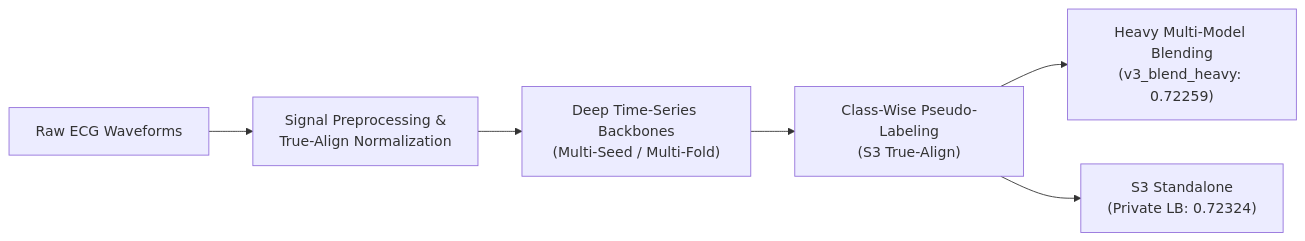
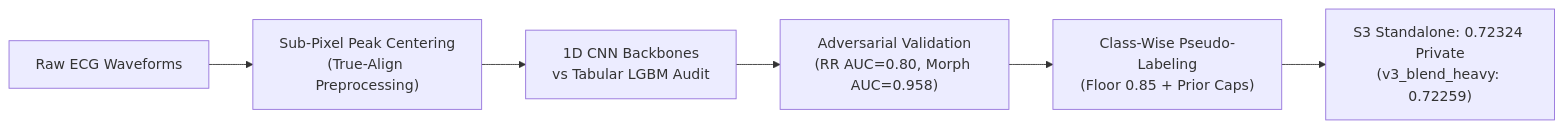
The diagram in README.md (23f3002964/kaggle-nppe2-ecg-arrhythmia), drawn with Mermaid before and after one commit. The commit also changed other lines of this file, not shown here.

````diff
--- a/README.md
+++ b/README.md
@@ -38,8 +40,8 @@
 ```mermaid
 flowchart LR
-    A["Raw ECG Waveforms"] --> B["Signal Preprocessing &<br/>True-Align Normalization"]
-    B --> C["Deep Time-Series Backbones<br/>(Multi-Seed / Multi-Fold)"]
-    C --> D["Class-Wise Pseudo-Labeling<br/>(S3 True-Align)"]
-    D --> E["Heavy Multi-Model Blending<br/>(v3_blend_heavy: 0.72259)"]
-    D --> F["S3 Standalone<br/>(Private LB: 0.72324)"]
+    A["Raw ECG Waveforms"] --> B["Sub-Pixel Peak Centering<br/>(True-Align Preprocessing)"]
+    B --> C["1D CNN Backbones<br/>vs Tabular LGBM Audit"]
+    C --> D["Adversarial Validation<br/>(RR AUC=0.80, Morph AUC=0.958)"]
+    D --> E["Class-Wise Pseudo-Labeling<br/>(Floor 0.85 + Prior Caps)"]
+    E --> F["S3 Standalone: 0.72324 Private<br/>(v3_blend_heavy: 0.72259)"]
 ```
````
